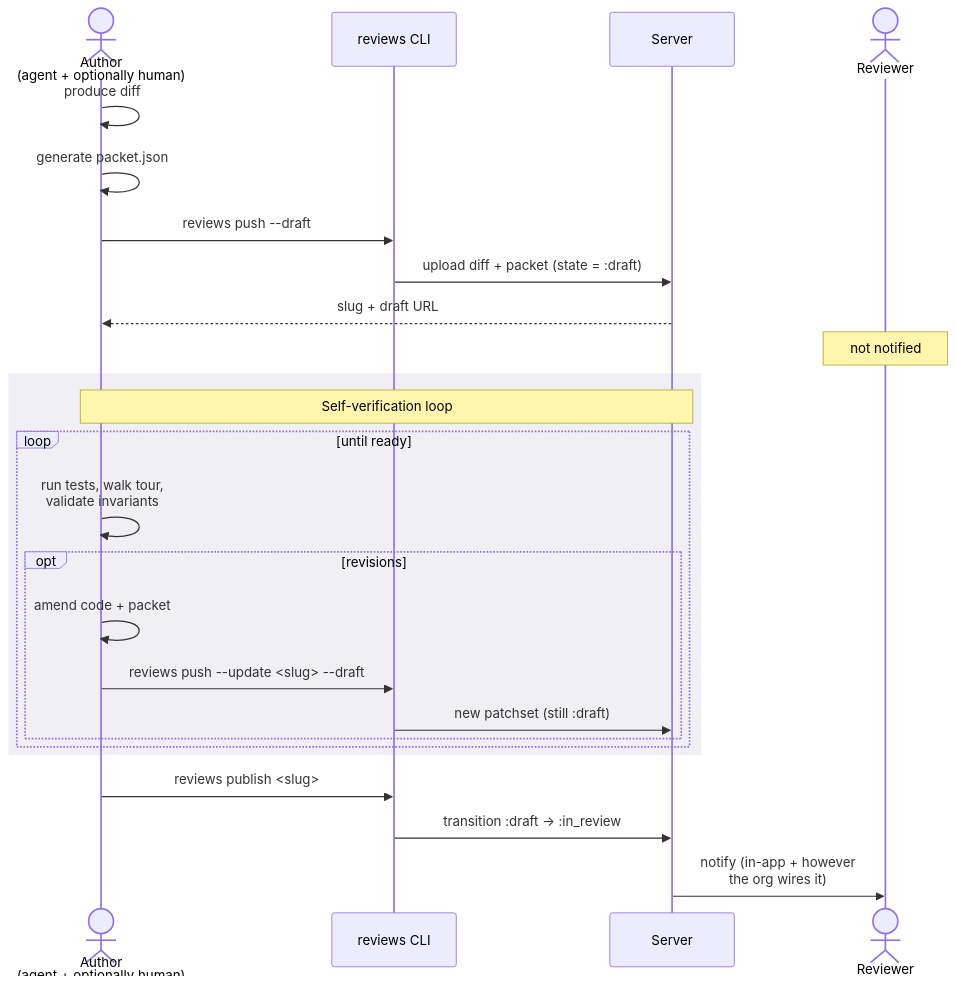
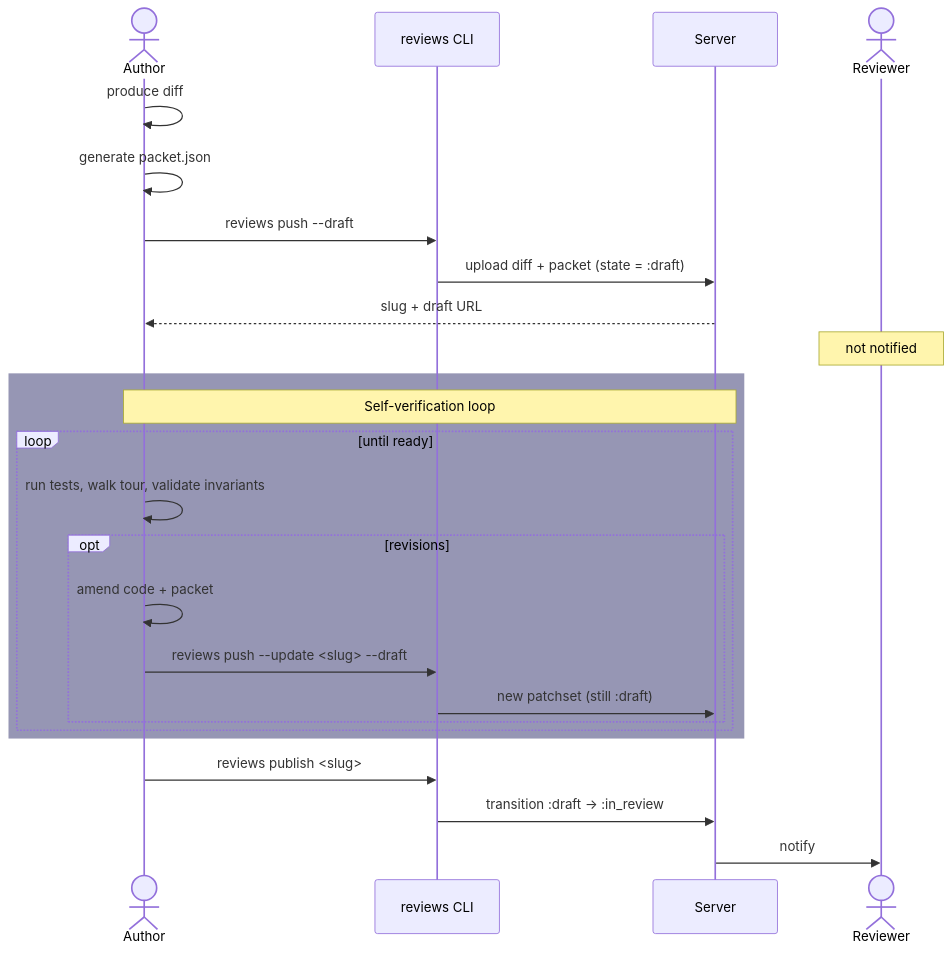
The second of 7 diagrams in .plans/review-packet-prd.md (figitaki/reviews), drawn with Mermaid before and after one commit. The commit also changed other lines of this file and 1 other file, not shown here.

Commit message:
fix: resolve mermaid rendering errors in PRD and spec

````diff
--- a/.plans/review-packet-prd.md
+++ b/.plans/review-packet-prd.md
@@ -50,30 +50,30 @@
 ```mermaid
 sequenceDiagram
-    actor Author as Author<br/>(agent + optionally human)
+    actor Author as Author
     participant CLI as reviews CLI
     participant Server
     actor Reviewer
 
     Author->>Author: produce diff
     Author->>Author: generate packet.json
     Author->>CLI: reviews push --draft
     CLI->>Server: upload diff + packet (state = :draft)
     Server-->>Author: slug + draft URL
     Note over Reviewer: not notified
 
-    rect rgba(150, 150, 180, 0.15)
+    rect rgb(150, 150, 180)
     Note over Author,Server: Self-verification loop
     loop until ready
-      Author->>Author: run tests, walk tour,<br/>validate invariants
+      Author->>Author: run tests, walk tour, validate invariants
       opt revisions
         Author->>Author: amend code + packet
         Author->>CLI: reviews push --update <slug> --draft
         CLI->>Server: new patchset (still :draft)
       end
     end
     end
 
     Author->>CLI: reviews publish <slug>
     CLI->>Server: transition :draft → :in_review
-    Server->>Reviewer: notify (in-app + however<br/>the org wires it)
+    Server->>Reviewer: notify
 ```
````
